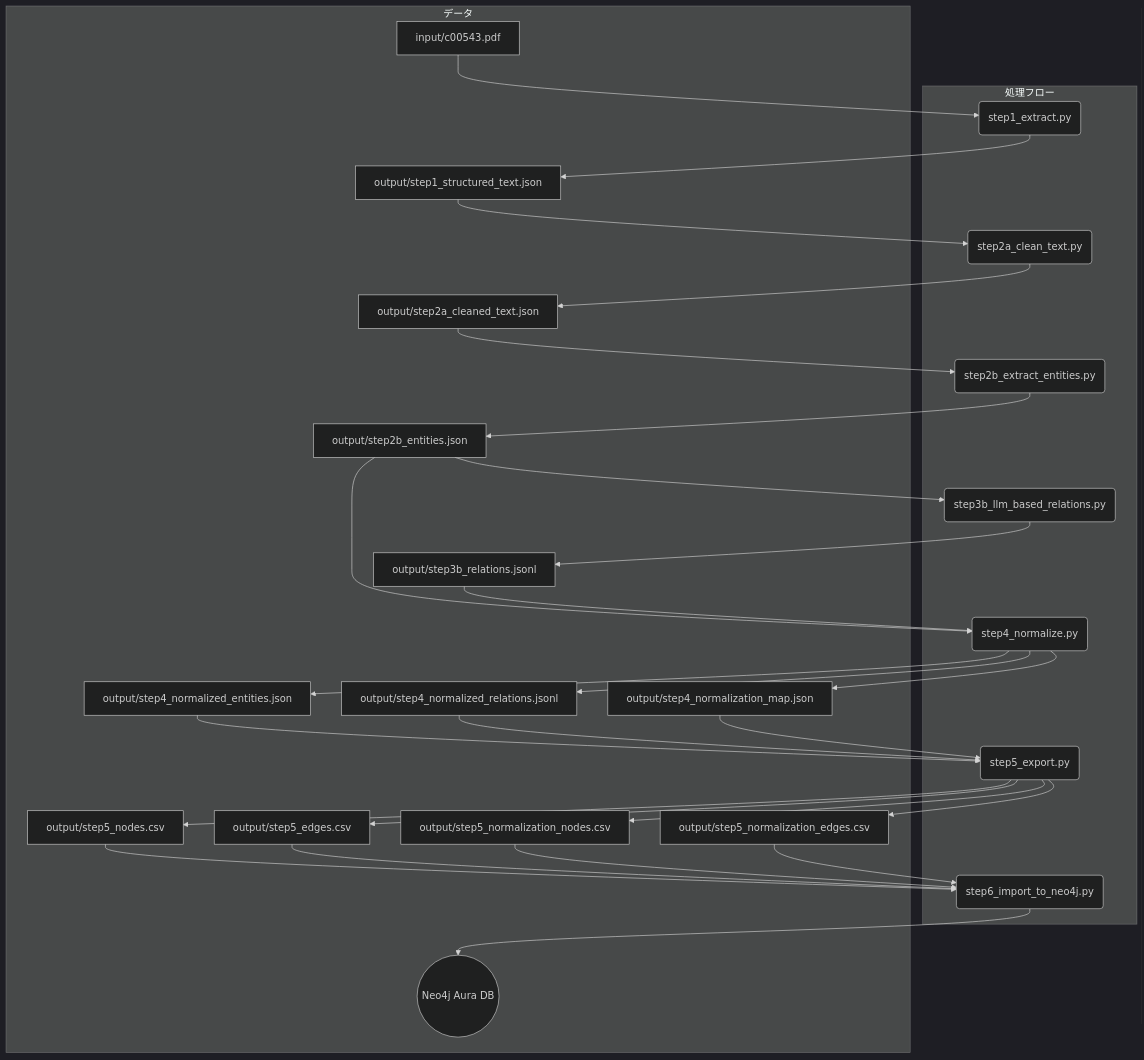
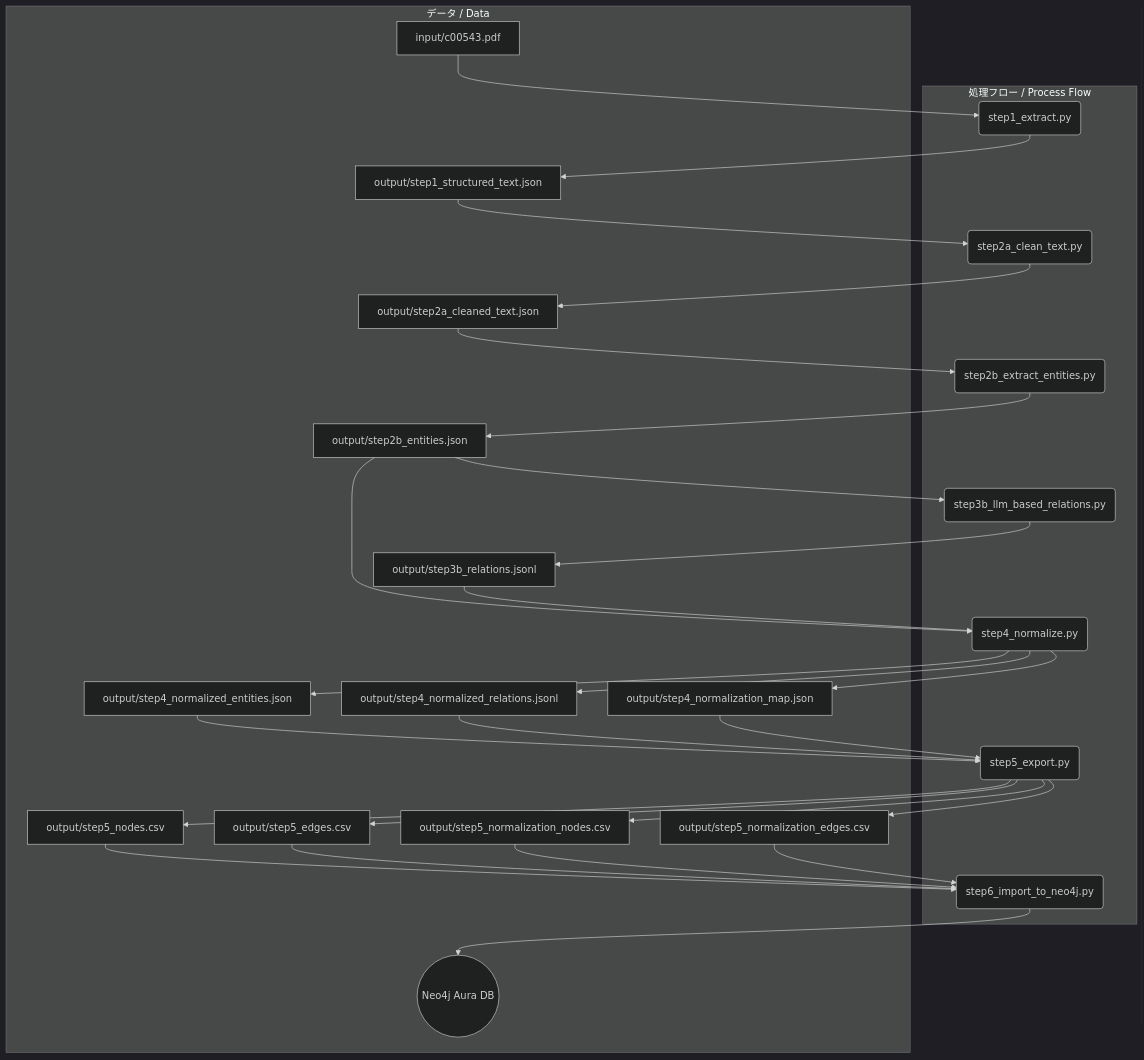
One commit to fk506cni/med-graph-gen changed the diagram in README.md. Above: the diagram before and after it, drawn with Mermaid (dark theme). The commit also changed other lines of this file and 13 other files, not shown here.

````diff
--- a/README.md
+++ b/README.md
@@ -60,42 +66,42 @@
 ```mermaid
 graph TD;
     A[input/c00543.pdf] --> B(step1_extract.py);
     B --> C[output/step1_structured_text.json];
     C --> D(step2a_clean_text.py);
     D --> E[output/step2a_cleaned_text.json];
     E --> F(step2b_extract_entities.py);
     F --> G[output/step2b_entities.json];
     G --> H(step3b_llm_based_relations.py);
     H --> I[output/step3b_relations.jsonl];
 
     G --> J(step4_normalize.py);
     I --> J;
 
     J --> K[output/step4_normalized_entities.json];
     J --> L[output/step4_normalized_relations.jsonl];
     J --> P[output/step4_normalization_map.json];
 
     K --> M(step5_export.py);
     L --> M;
     P --> M;
 
     M --> N[output/step5_nodes.csv];
     M --> O[output/step5_edges.csv];
     M --> Q[output/step5_normalization_nodes.csv];
     M --> R[output/step5_normalization_edges.csv];
 
     N --> S(step6_import_to_neo4j.py);
     O --> S;
     Q --> S;
     R --> S;
 
     S --> T((Neo4j Aura DB));
 
-    subgraph "処理フロー"
+    subgraph "処理フロー / Process Flow"
         B; D; F; H; J; M; S;
     end
 
-    subgraph "データ"
+    subgraph "データ / Data"
         A; C; E; G; I; K; L; P; N; O; Q; R; T;
     end
 ```
````
